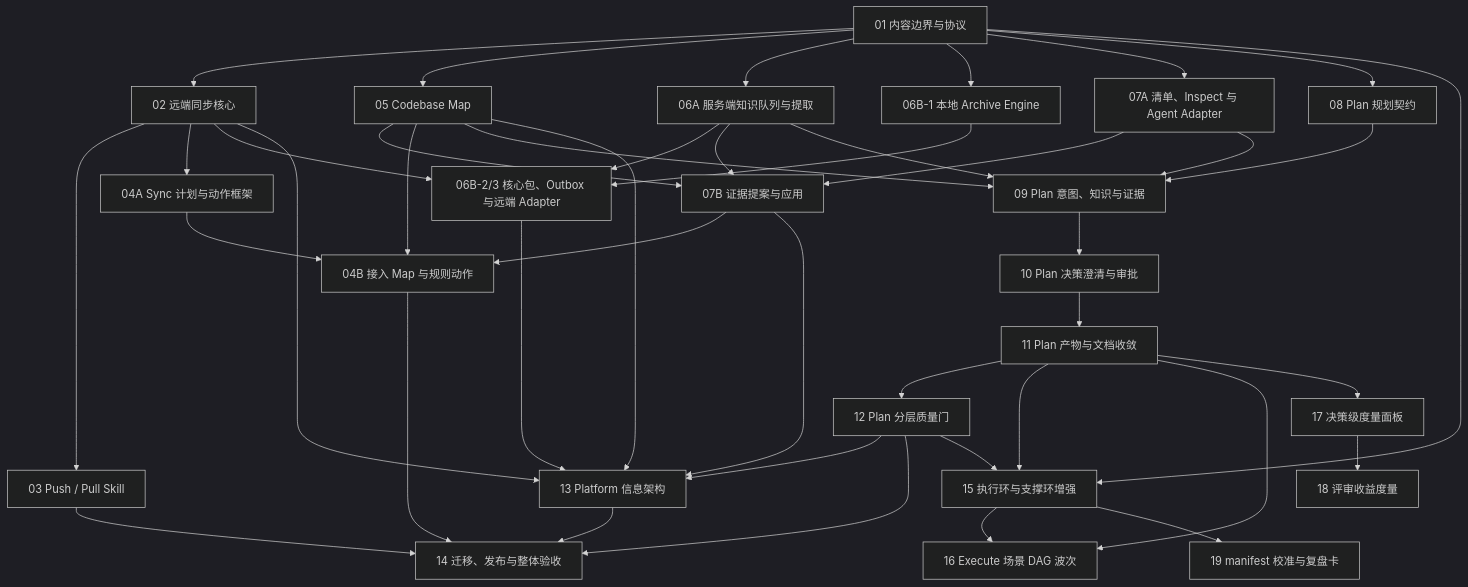
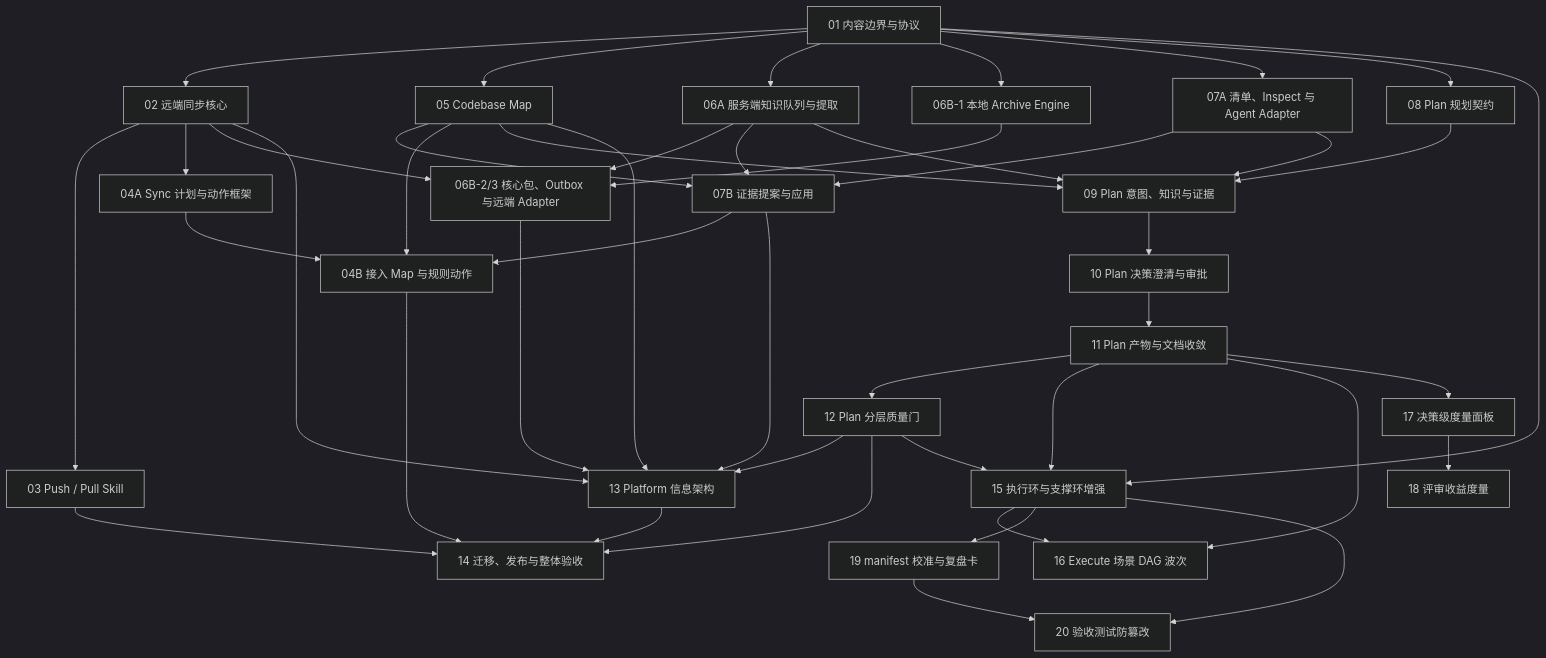
One commit to hunterzheng1/Hunter-Harness changed the diagram in docs/roadmap/README.md. Above: the diagram before and after it, drawn with Mermaid (dark theme). The commit also changed other lines of this file and 1 other file, not shown here.

Commit message:
docs(roadmap): 登记阶段 20 验收测试防篡改立项（F10 重新裁决）

````diff
--- a/docs/roadmap/README.md
+++ b/docs/roadmap/README.md
@@ -19,49 +19,52 @@
 ```mermaid
 flowchart TD
     S01["01 内容边界与协议"] --> S02["02 远端同步核心"]
     S01 --> S05["05 Codebase Map"]
     S01 --> S06A["06A 服务端知识队列与提取"]
     S01 --> S06B1["06B-1 本地 Archive Engine"]
     S01 --> S07A["07A 清单、Inspect 与 Agent Adapter"]
     S01 --> S08["08 Plan 规划契约"]
     S02 --> S03["03 Push / Pull Skill"]
     S02 --> S04A["04A Sync 计划与动作框架"]
     S02 --> S06B23["06B-2/3 核心包、Outbox 与远端 Adapter"]
     S06A --> S06B23
     S06B1 --> S06B23
     S05 --> S07B["07B 证据提案与应用"]
     S06A --> S07B
     S07A --> S07B
     S04A --> S04B["04B 接入 Map 与规则动作"]
     S05 --> S04B
     S07B --> S04B
     S05 --> S09["09 Plan 意图、知识与证据"]
     S06A --> S09
     S07A --> S09
     S08 --> S09
     S09 --> S10["10 Plan 决策澄清与审批"]
     S10 --> S11["11 Plan 产物与文档收敛"]
     S11 --> S12["12 Plan 分层质量门"]
     S02 --> S13["13 Platform 信息架构"]
     S05 --> S13
     S06B23 --> S13
     S07B --> S13
     S12 --> S13
     S03 --> S14["14 迁移、发布与整体验收"]
     S04B --> S14
     S12 --> S14
     S13 --> S14
     S01 --> S15["15 执行环与支撑环增强"]
     S11 --> S15
     S12 --> S15
     S11 --> S16
     S15 --> S16
     S11 --> S17
     S17 --> S18
     S15 --> S19
+    S15 --> S20
+    S19 --> S20
 
     S16["16 Execute 场景 DAG 波次"]
     S17["17 决策级度量面板"]
     S18["18 评审收益度量"]
     S19["19 manifest 校准与复盘卡"]
+    S20["20 验收测试防篡改"]
 ```
````
